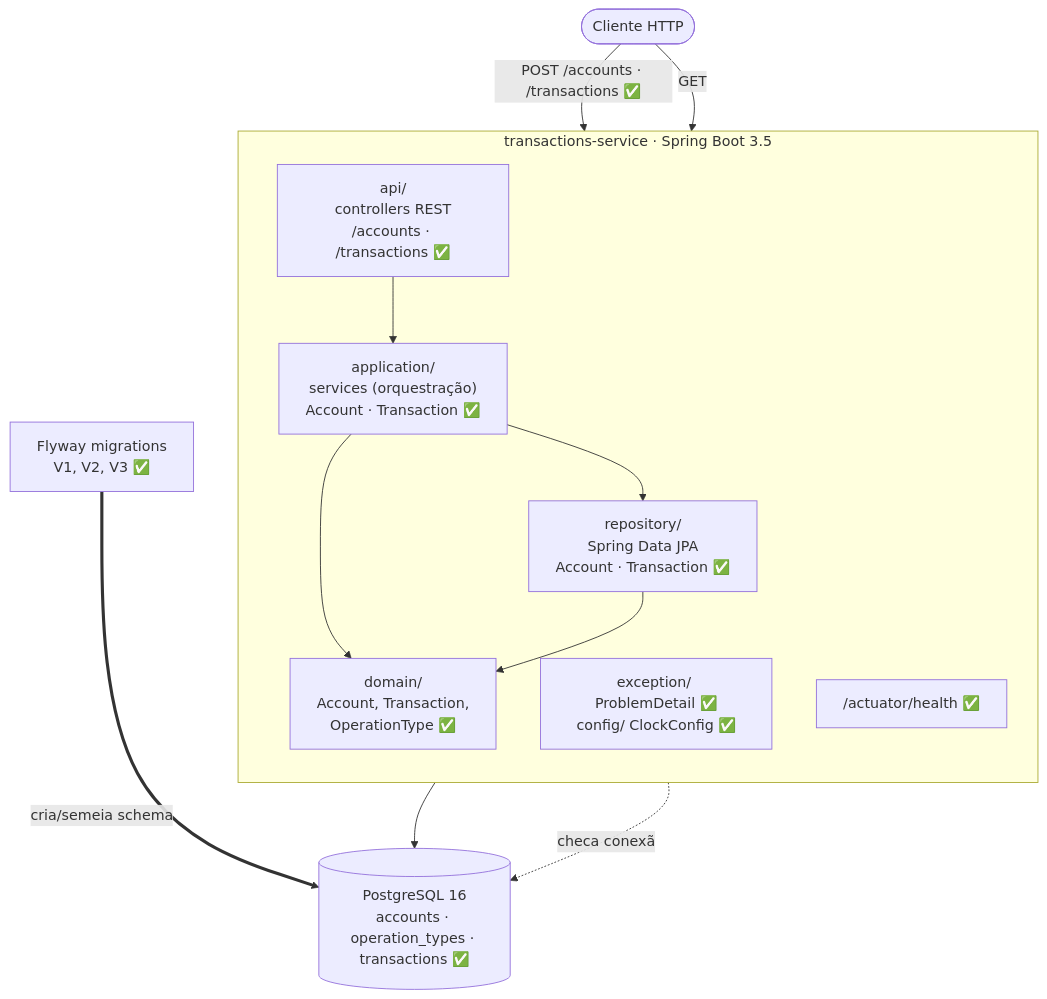
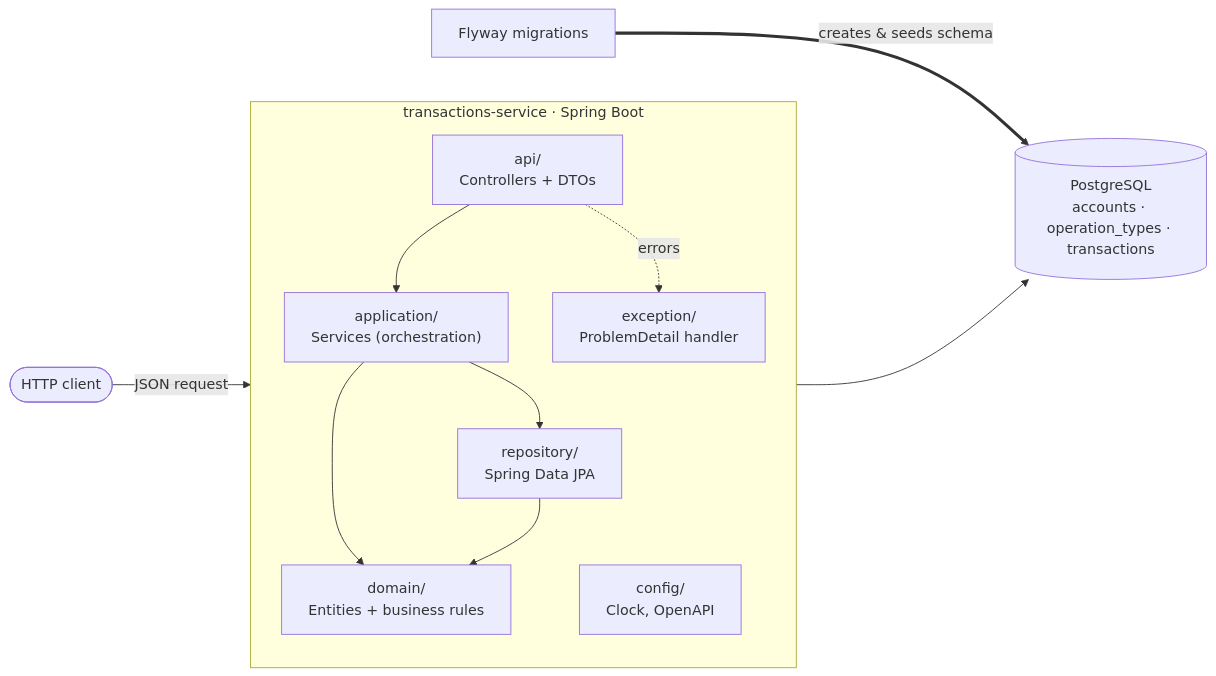
One commit to DanMke/transactions-service changed the first of 2 diagrams in README.md. Above: the diagram before and after it, drawn with Mermaid. The commit also changed other lines of this file and 6 other files, not shown here.

````diff
--- a/README.md
+++ b/README.md
@@ -23,27 +42,26 @@
 ```mermaid
-flowchart TB
-    client([Cliente HTTP])
+flowchart LR
+    client([HTTP client])
 
-    subgraph app["transactions-service · Spring Boot 3.5"]
+    subgraph app["transactions-service · Spring Boot"]
         direction TB
-        api["api/<br/>controllers REST<br/>/accounts · /transactions ✅"]
-        application["application/<br/>services (orquestração)<br/>Account · Transaction ✅"]
-        domain["domain/<br/>Account, Transaction,<br/>OperationType ✅"]
-        repository["repository/<br/>Spring Data JPA<br/>Account · Transaction ✅"]
-        config["exception/ ProblemDetail ✅<br/>config/ ClockConfig ✅"]
-        actuator["/actuator/health ✅"]
+        api["api/<br/>Controllers + DTOs"]
+        application["application/<br/>Services (orchestration)"]
+        domain["domain/<br/>Entities + business rules"]
+        repository["repository/<br/>Spring Data JPA"]
+        exception["exception/<br/>ProblemDetail handler"]
+        config["config/<br/>Clock, OpenAPI"]
     end
 
-    db[("PostgreSQL 16<br/>accounts · operation_types · transactions ✅")]
-    flyway["Flyway migrations<br/>V1, V2, V3 ✅"]
+    db[("PostgreSQL<br/>accounts · operation_types · transactions")]
+    flyway["Flyway migrations"]
 
-    client -->|"POST /accounts · /transactions ✅"| api
+    client -->|JSON request| api
     api --> application
     application --> domain
     application --> repository
     repository --> domain
     repository --> db
-    client -->|GET| actuator
-    actuator -.checa conexão.-> db
-    flyway ==>|cria/semeia schema| db
+    api -. errors .-> exception
+    flyway ==>|creates & seeds schema| db
 ```
````
